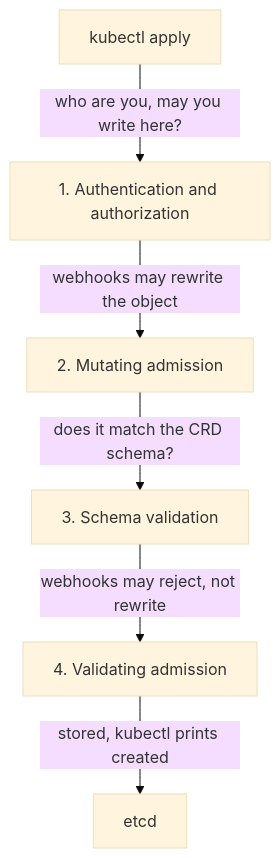
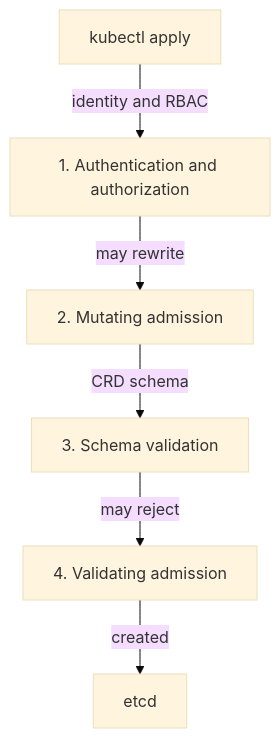
The first of 2 diagrams in sections/section-010/module-01/course-01-admission-and-the-analysis-gap.md (astrona-io/ATS016), drawn with Mermaid (base theme) before and after one commit. The commit also changed other lines of this file and 11 other files, not shown here.

````diff
--- a/sections/section-010/module-01/course-01-admission-and-the-analysis-gap.md
+++ b/sections/section-010/module-01/course-01-admission-and-the-analysis-gap.md
@@ -9,8 +9,8 @@
 ```mermaid
 flowchart TB
-    K["kubectl apply"] -->|"who are you, may you write here?"| A["1. Authentication and authorization"]
-    A -->|"webhooks may rewrite the object"| M["2. Mutating admission"]
-    M -->|"does it match the CRD schema?"| S["3. Schema validation"]
-    S -->|"webhooks may reject, not rewrite"| V["4. Validating admission"]
-    V -->|"stored, kubectl prints created"| E["etcd"]
+    K["kubectl apply"] -->|"identity and RBAC"| A["1. Authentication and authorization"]
+    A -->|"may rewrite"| M["2. Mutating admission"]
+    M -->|"CRD schema"| S["3. Schema validation"]
+    S -->|"may reject"| V["4. Validating admission"]
+    V -->|"created"| E["etcd"]
 ```
````
